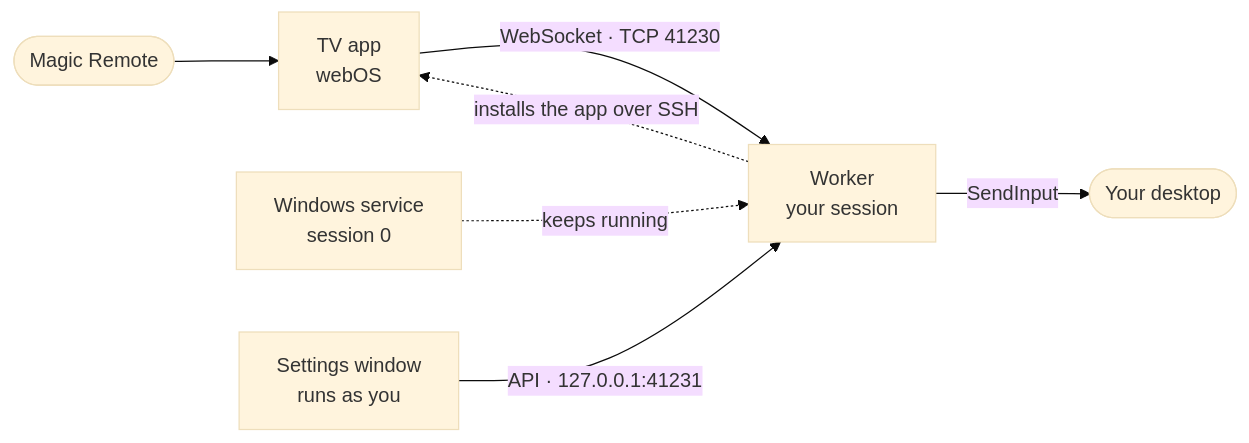
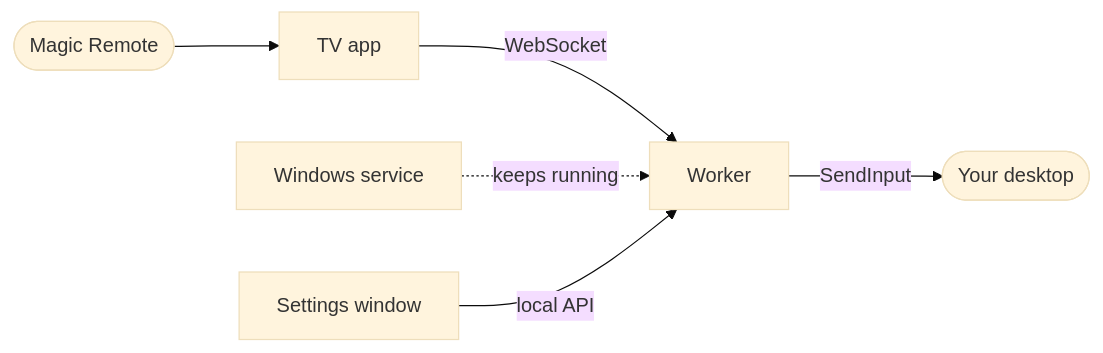
Before and after one commit to roko-tech/MagicRemoteService: the diagram in README.md, drawn with Mermaid (base theme).

Commit message:
README: a simpler How it works diagram
The return arrow for installing the TV app ran beside the WebSocket arrow and their labels overlapped on GitHub. The diagram now shows only the input path, the supervisor and the settings window; ports and the SSH install are in the text below it.

````diff
--- a/README.md
+++ b/README.md
@@ -93,9 +93,8 @@
 ```mermaid
 flowchart LR
-    remote([Magic Remote]) --> app["TV app<br/>webOS"]
-    app -- "WebSocket · TCP 41230" --> worker["Worker<br/>your session"]
-    service["Windows service<br/>session 0"] -. "keeps running" .-> worker
+    remote([Magic Remote]) --> app[TV app]
+    app -- "WebSocket" --> worker[Worker]
     worker -- "SendInput" --> desktop([Your desktop])
-    window["Settings window<br/>runs as you"] -- "API · 127.0.0.1:41231" --> worker
-    worker -. "installs the app over SSH" .-> app
+    service[Windows service] -. "keeps running" .-> worker
+    window[Settings window] -- "local API" --> worker
 ```
````
